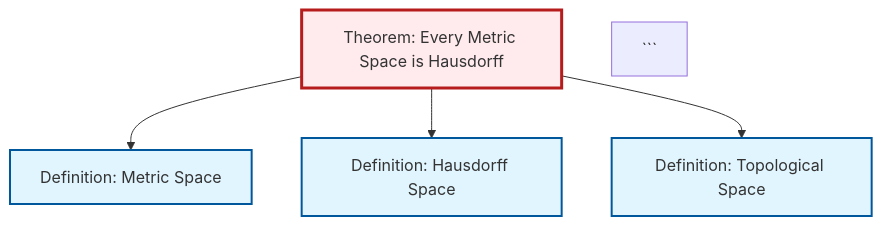
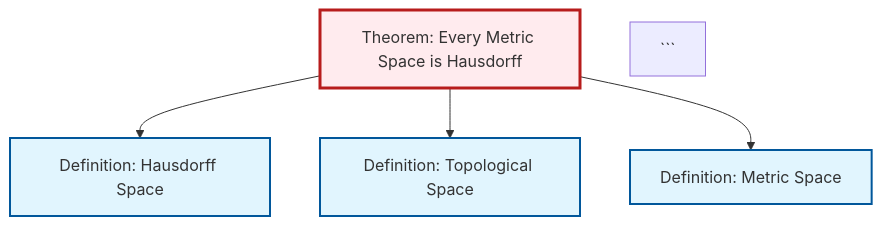
The diagram in output/mermaid/thm-metric-hausdorff.mermaid (RK0429/ModernMath), drawn with Mermaid before and after one commit. The commit also changed other lines of this file and 1139 other files, not shown here.

````diff
--- a/output/mermaid/thm-metric-hausdorff.mermaid
+++ b/output/mermaid/thm-metric-hausdorff.mermaid
@@ -1,16 +1,16 @@
 %%| fig-cap: "Local dependency graph"
 graph TD
     classDef definition fill:#e1f5fe,stroke:#01579b,stroke-width:2px
     classDef theorem fill:#f3e5f5,stroke:#4a148c,stroke-width:2px
     classDef axiom fill:#fff3e0,stroke:#e65100,stroke-width:2px
     classDef example fill:#e8f5e9,stroke:#1b5e20,stroke-width:2px
     classDef current fill:#ffebee,stroke:#b71c1c,stroke-width:3px
+    def-topological-space["Definition: Topological Space"]:::definition
     thm-metric-hausdorff["Theorem: Every Metric Space is Hausdorff"]:::theorem
     def-metric-space["Definition: Metric Space"]:::definition
-    def-topological-space["Definition: Topological Space"]:::definition
     def-hausdorff["Definition: Hausdorff Space"]:::definition
-    thm-metric-hausdorff --> def-metric-space
     thm-metric-hausdorff --> def-hausdorff
     thm-metric-hausdorff --> def-topological-space
+    thm-metric-hausdorff --> def-metric-space
     class thm-metric-hausdorff current
 ```
````
